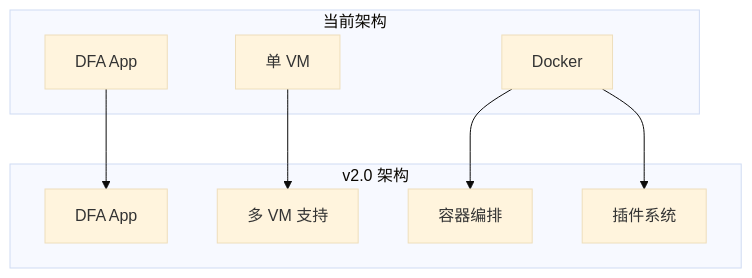
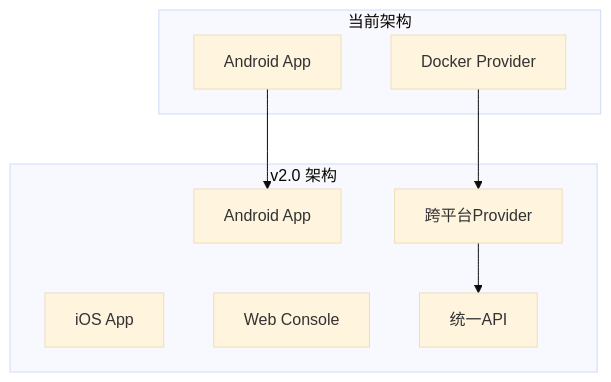
Before and after one commit to LineCatOvO/DFA: the fourth of 6 diagrams in docs/ROADMAP.md, drawn with Mermaid (base theme). The commit also changed other lines of this file and 25 other files, not shown here.

````diff
--- a/docs/ROADMAP.md
+++ b/docs/ROADMAP.md
@@ -91,20 +90,19 @@
 ```mermaid
 graph TB
     subgraph "当前架构"
-        A[DFA App]
-        B[单 VM]
-        C[Docker]
+        A[Android App]
+        B[Docker Provider]
     end
     
     subgraph "v2.0 架构"
-        D[DFA App]
-        E[多 VM 支持]
-        F[容器编排]
-        G[插件系统]
+        C[Android App]
+        D[iOS App]
+        E[Web Console]
+        F[跨平台Provider]
+        G[统一API]
     end
     
-    A --> D
-    B --> E
-    C --> F
-    C --> G
+    A --> C
+    B --> F
+    F --> G
 ```
````
